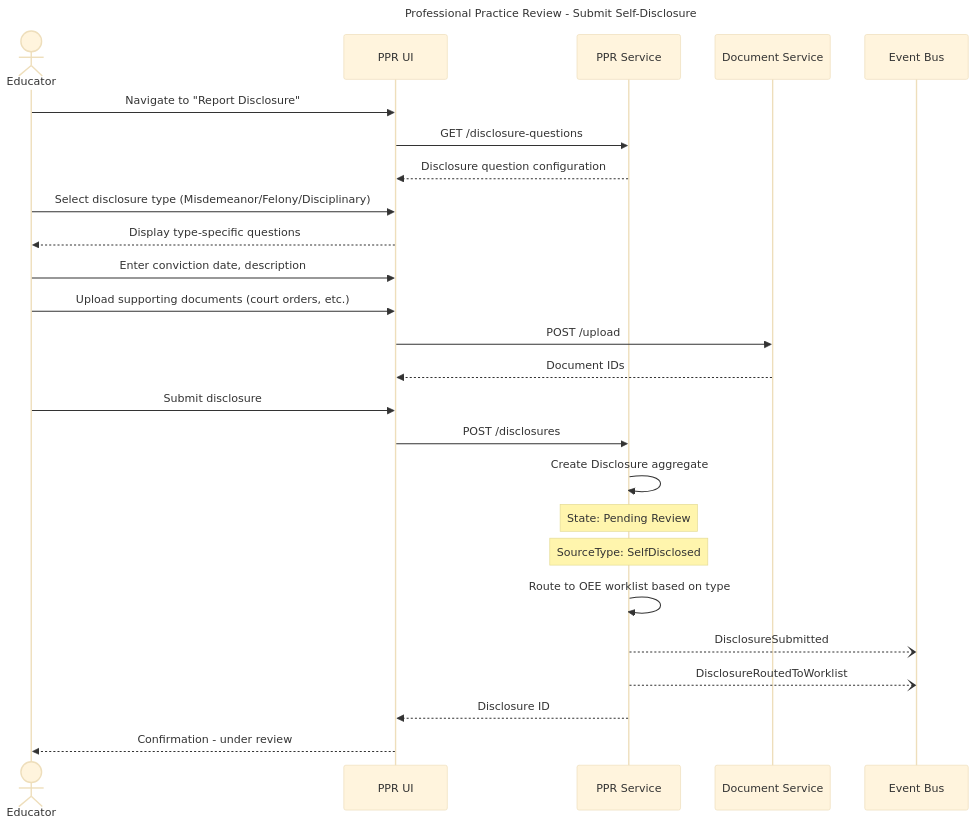
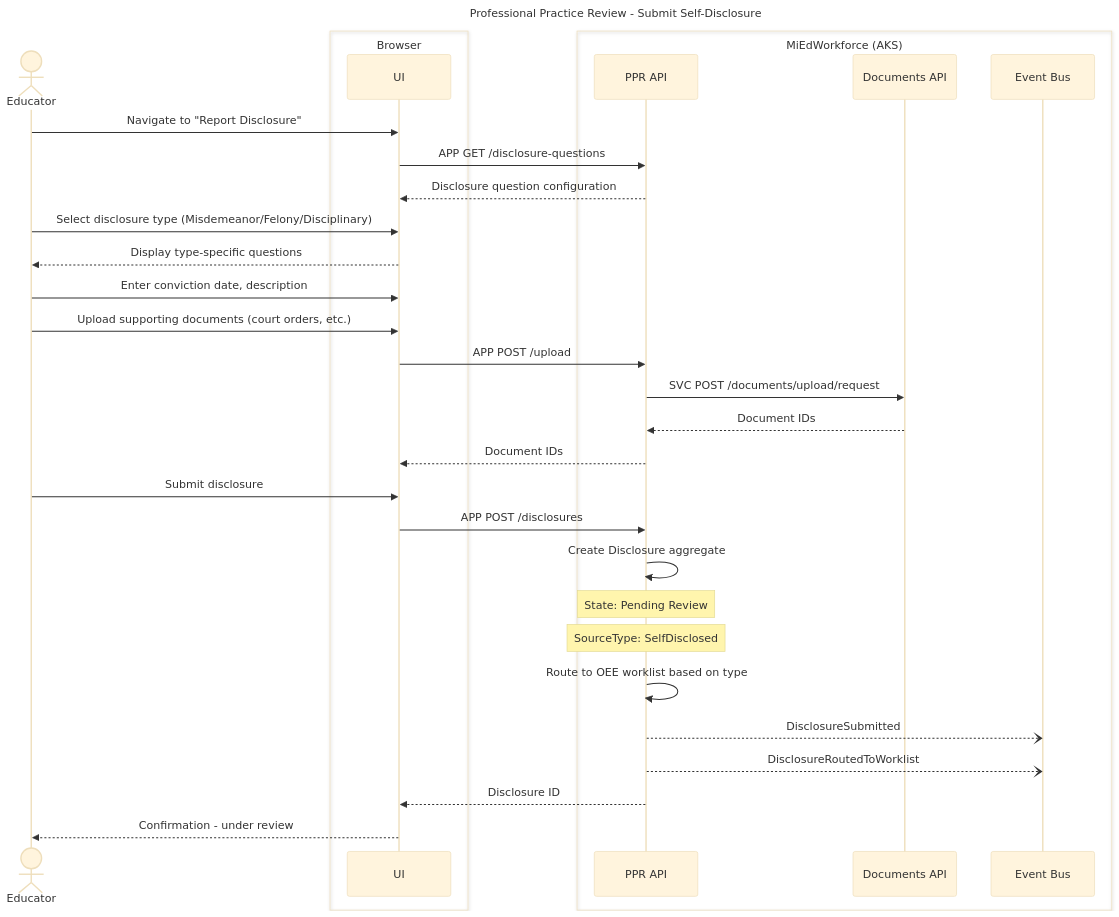
The first of 15 diagrams in working-docs/solution-areas/profpractice/profpractice-sequences.md (mnichols-dl/mied-design), drawn with Mermaid (base theme) before and after one commit. The commit also changed other lines of this file and 34 other files, not shown here.

Commit message:
Update sequences and perform RTM assessment

````diff
--- a/working-docs/solution-areas/profpractice/profpractice-sequences.md
+++ b/working-docs/solution-areas/profpractice/profpractice-sequences.md
@@ -20,38 +22,44 @@
 ```mermaid
 ---
 title: Professional Practice Review - Submit Self-Disclosure
 ---
 sequenceDiagram
     actor Educator
-    participant UI as PPR UI
-    participant PPRService as PPR Service
-    participant DocService as Document Service
-    participant EventBus as Event Bus
+    box Browser
+        participant UI as UI
+    end
+    box MiEdWorkforce (AKS)
+        participant PprApi as PPR API
+        participant DocsApi as Documents API
+        participant EventBus as Event Bus
+    end
     
     Educator->>UI: Navigate to "Report Disclosure"
-    UI->>PPRService: GET /disclosure-questions
-    PPRService-->>UI: Disclosure question configuration
+    UI->>PprApi: APP GET /disclosure-questions
+    PprApi-->>UI: Disclosure question configuration
     
     Educator->>UI: Select disclosure type (Misdemeanor/Felony/Disciplinary)
     UI-->>Educator: Display type-specific questions
     
     Educator->>UI: Enter conviction date, description
     Educator->>UI: Upload supporting documents (court orders, etc.)
-    UI->>DocService: POST /upload
-    DocService-->>UI: Document IDs
+    UI->>PprApi: APP POST /upload
+    PprApi->>DocsApi: SVC POST /documents/upload/request
+    DocsApi-->>PprApi: Document IDs
+    PprApi-->>UI: Document IDs
     
     Educator->>UI: Submit disclosure
-    UI->>PPRService: POST /disclosures
+    UI->>PprApi: APP POST /disclosures
     
-    PPRService->>PPRService: Create Disclosure aggregate
-    Note over PPRService: State: Pending Review
-    Note over PPRService: SourceType: SelfDisclosed
+    PprApi->>PprApi: Create Disclosure aggregate
+    Note over PprApi: State: Pending Review
+    Note over PprApi: SourceType: SelfDisclosed
     
-    PPRService->>PPRService: Route to OEE worklist based on type
+    PprApi->>PprApi: Route to OEE worklist based on type
     
-    PPRService--)EventBus: DisclosureSubmitted
-    PPRService--)EventBus: DisclosureRoutedToWorklist
+    PprApi--)EventBus: DisclosureSubmitted
+    PprApi--)EventBus: DisclosureRoutedToWorklist
     
-    PPRService-->>UI: Disclosure ID
+    PprApi-->>UI: Disclosure ID
     UI-->>Educator: Confirmation - under review
 ```
````
